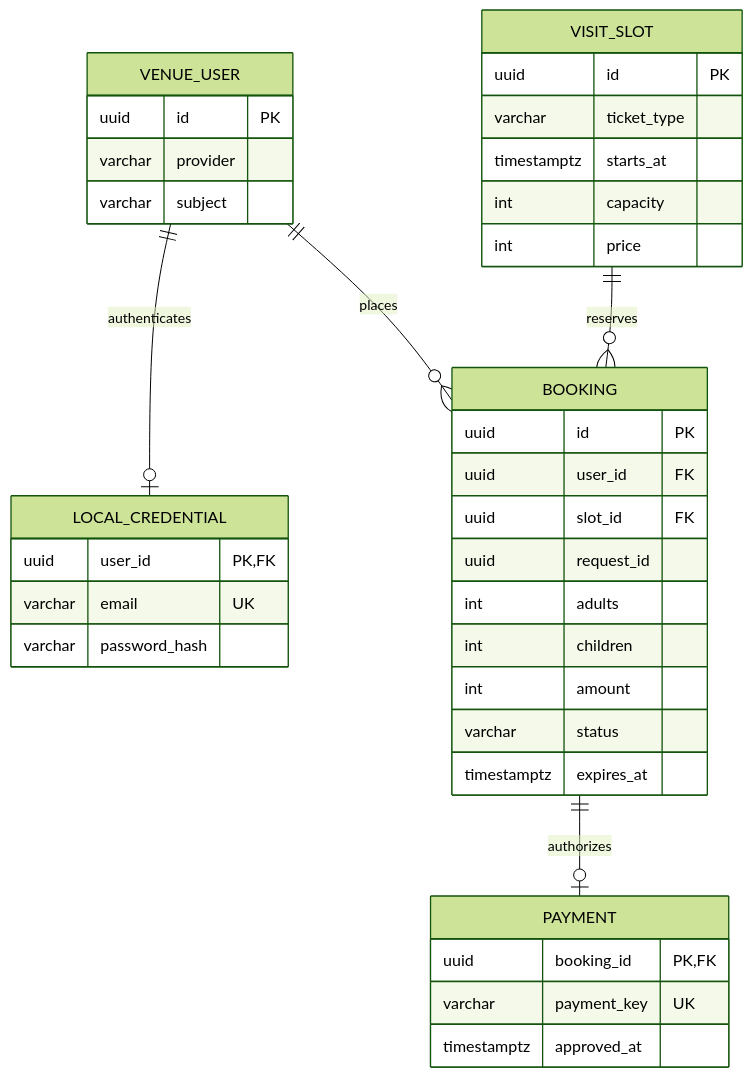
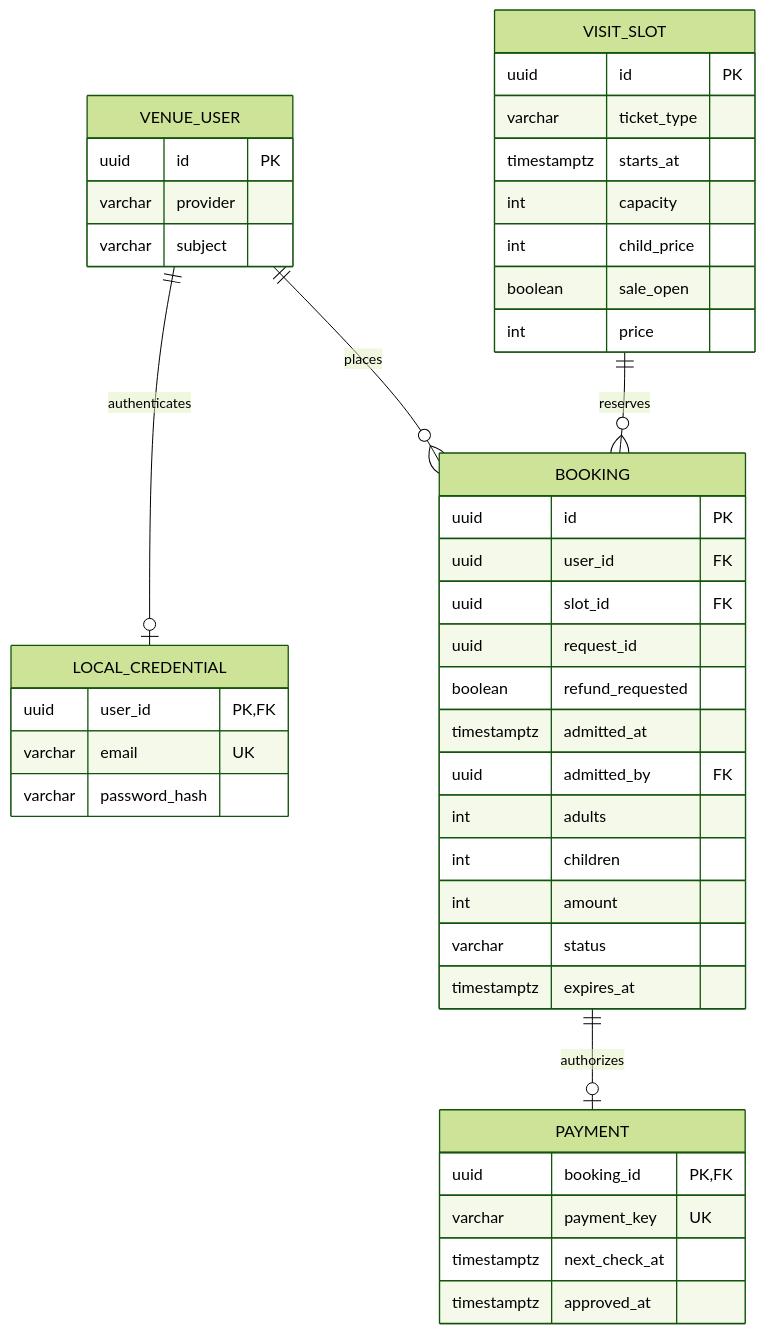
The diagram in docs/ERD.md (BBIYACK-0834/Sseolmae), drawn with Mermaid (forest theme) before and after one commit. The commit also changed other lines of this file and 18 other files, not shown here.

````diff
--- a/docs/ERD.md
+++ b/docs/ERD.md
@@ -5,41 +5,47 @@
 ```mermaid
 erDiagram
     VENUE_USER ||--o| LOCAL_CREDENTIAL : authenticates
     VENUE_USER ||--o{ BOOKING : places
     VISIT_SLOT ||--o{ BOOKING : reserves
     BOOKING ||--o| PAYMENT : authorizes
 
     VENUE_USER {
         uuid id PK
         varchar provider
         varchar subject
     }
     LOCAL_CREDENTIAL {
         uuid user_id PK,FK
         varchar email UK
         varchar password_hash
     }
     VISIT_SLOT {
         uuid id PK
         varchar ticket_type
         timestamptz starts_at
         int capacity
+        int child_price
+        boolean sale_open
         int price
     }
     BOOKING {
         uuid id PK
         uuid user_id FK
         uuid slot_id FK
         uuid request_id
+        boolean refund_requested
+        timestamptz admitted_at
+        uuid admitted_by FK
         int adults
         int children
         int amount
         varchar status
         timestamptz expires_at
     }
     PAYMENT {
         uuid booking_id PK,FK
         varchar payment_key UK
+        timestamptz next_check_at
         timestamptz approved_at
     }
 ```
````
